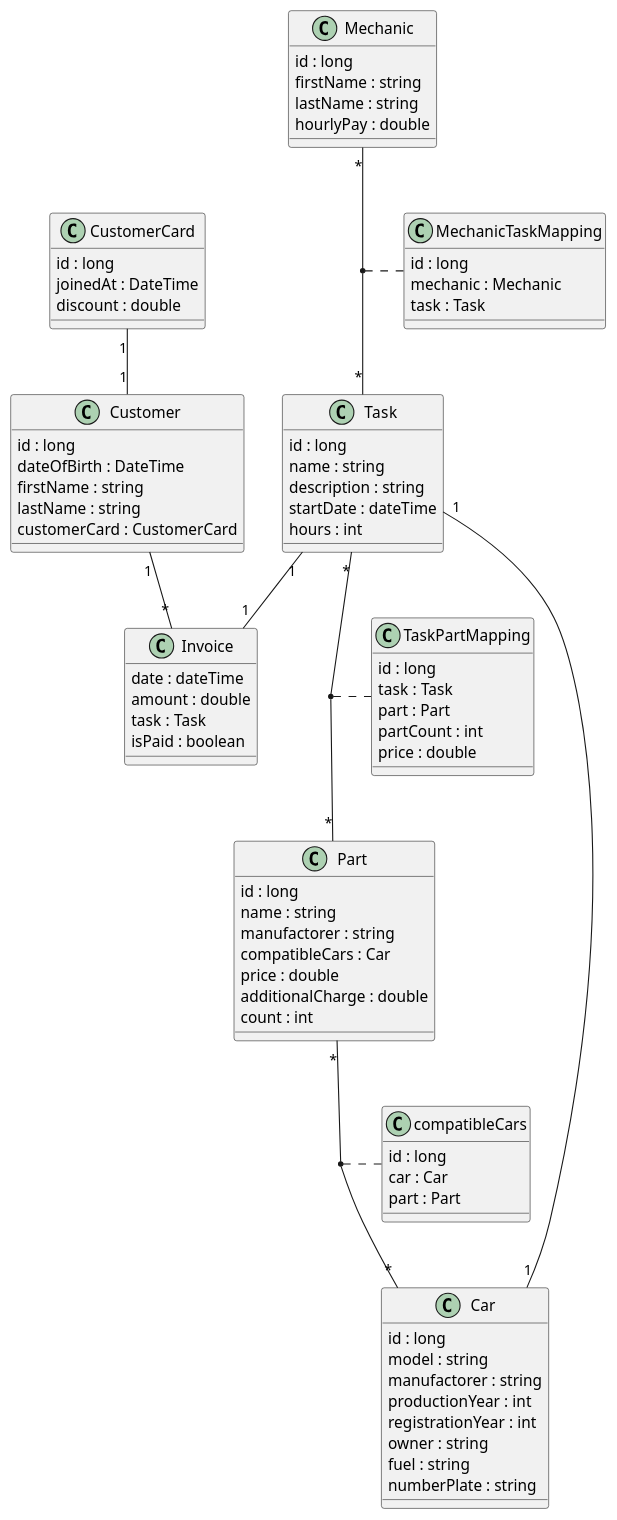
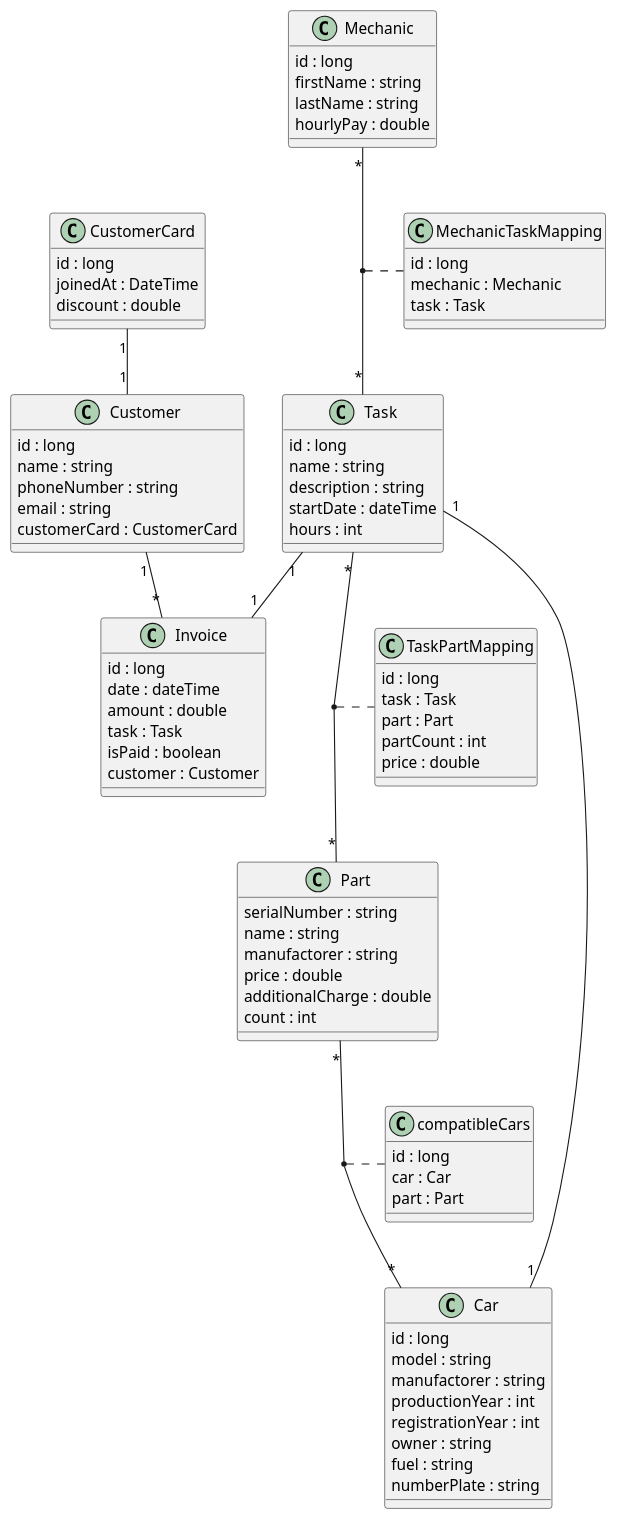
The diagram in documents/cld.adoc (oliver-420/Workshop-System), drawn with PlantUML before and after one commit. The commit also changed 3 other files, not shown here.

```diff
--- a/documents/cld.adoc
+++ b/documents/cld.adoc
@@ -21,9 +21,9 @@
 
 class Customer {
     id : long
-    dateOfBirth : DateTime
-    firstName : string
-    lastName : string
+    name : string
+    phoneNumber : string
+    email : string
     customerCard : CustomerCard
 }
 
@@ -34,20 +34,21 @@
 }
 
 class Part {
-    id : long
+    serialNumber : string
     name : string
     manufactorer : string
-    compatibleCars : Car
     price : double
     additionalCharge : double
     count : int
 }
 
 class Invoice {
+    id : long
     date : dateTime
     amount : double
     task : Task
     isPaid : boolean
+    customer : Customer
 }
 
 class Car {
```
